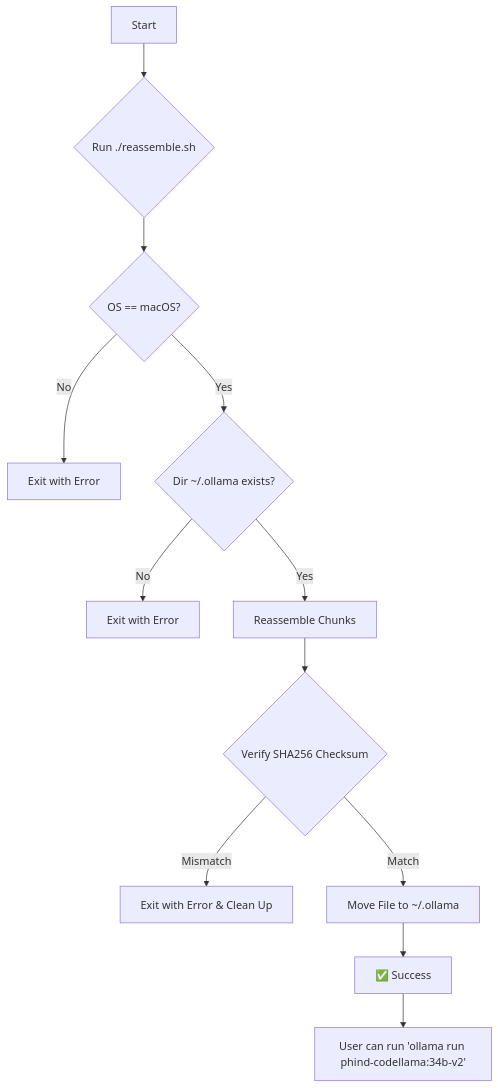
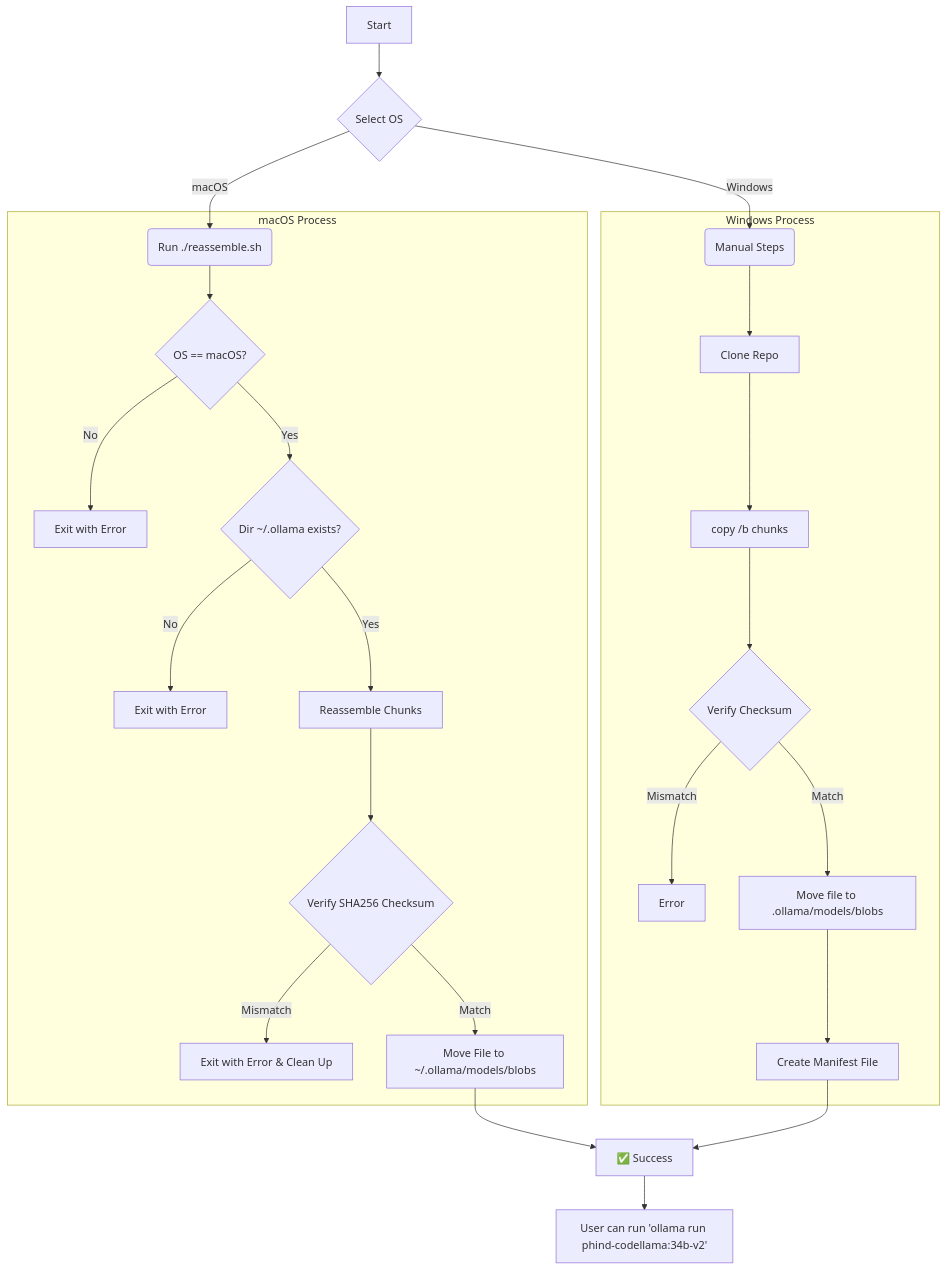
Before and after one commit to Enelass/phind-codellama-34b-v2: the diagram in README.md, drawn with Mermaid. The commit also changed other lines of this file, not shown here.

````diff
--- a/README.md
+++ b/README.md
@@ -72,14 +156,30 @@
 ```mermaid
 graph TD
-    A[Start] --> B{Run ./reassemble.sh};
-    B --> C{OS == macOS?};
-    C -- No --> C_No[Exit with Error];
-    C -- Yes --> D{Dir ~/.ollama exists?};
-    D -- No --> D_No[Exit with Error];
-    D -- Yes --> E[Reassemble Chunks];
-    E --> F{Verify SHA256 Checksum};
-    F -- Mismatch --> F_Mismatch[Exit with Error & Clean Up];
-    F -- Match --> G[Move File to ~/.ollama];
+    A[Start] --> B{Select OS};
+    B -- macOS --> B1(Run ./reassemble.sh);
+    B -- Windows --> B2(Manual Steps);
+    
+    subgraph macOS Process
+        B1 --> C{OS == macOS?};
+        C -- No --> C_No[Exit with Error];
+        C -- Yes --> D{Dir ~/.ollama exists?};
+        D -- No --> D_No[Exit with Error];
+        D -- Yes --> E[Reassemble Chunks];
+        E --> F{Verify SHA256 Checksum};
+        F -- Mismatch --> F_Mismatch[Exit with Error & Clean Up];
+        F -- Match --> G[Move File to ~/.ollama/models/blobs];
+    end
+
+    subgraph Windows Process
+        B2 --> W1[Clone Repo];
+        W1 --> W2[copy /b chunks];
+        W2 --> W3{Verify Checksum};
+        W3 -- Mismatch --> W_Mismatch[Error];
+        W3 -- Match --> W4[Move file to .ollama/models/blobs];
+        W4 --> W5[Create Manifest File];
+    end
+
     G --> H[✅ Success];
+    W5 --> H;
     H --> I[User can run 'ollama run phind-codellama:34b-v2'];
 ```
````
